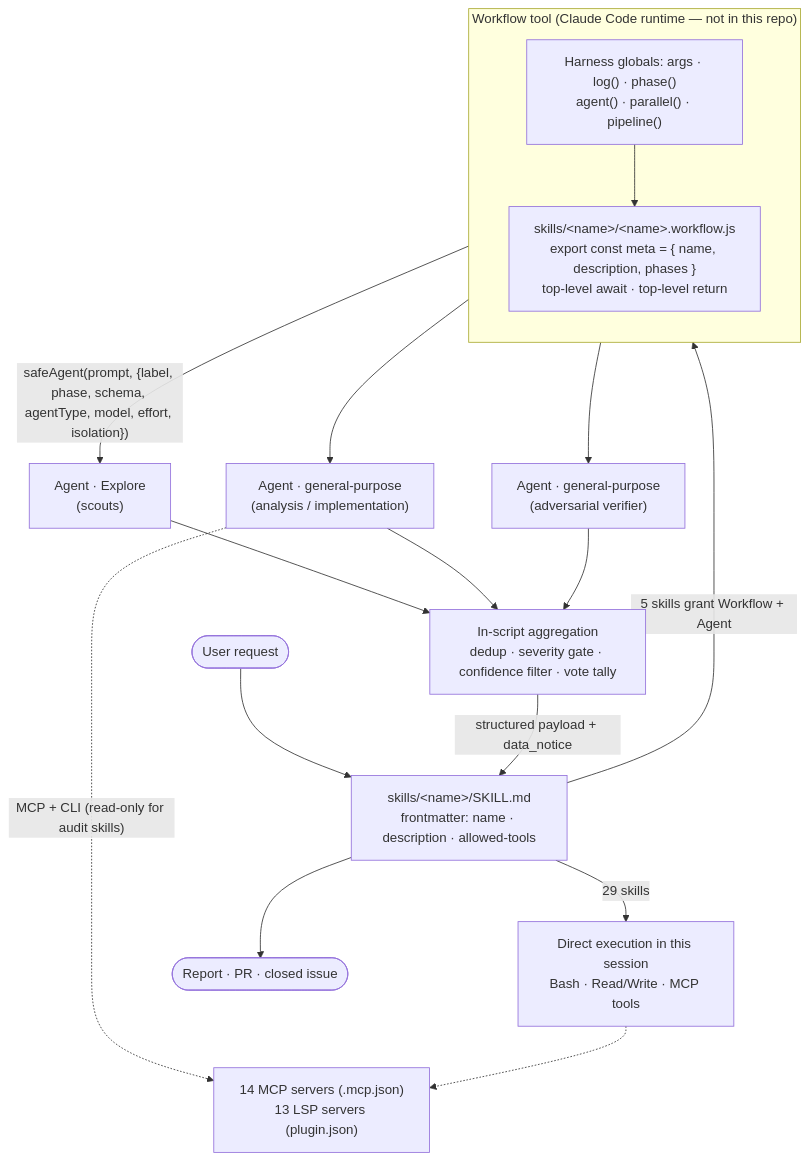
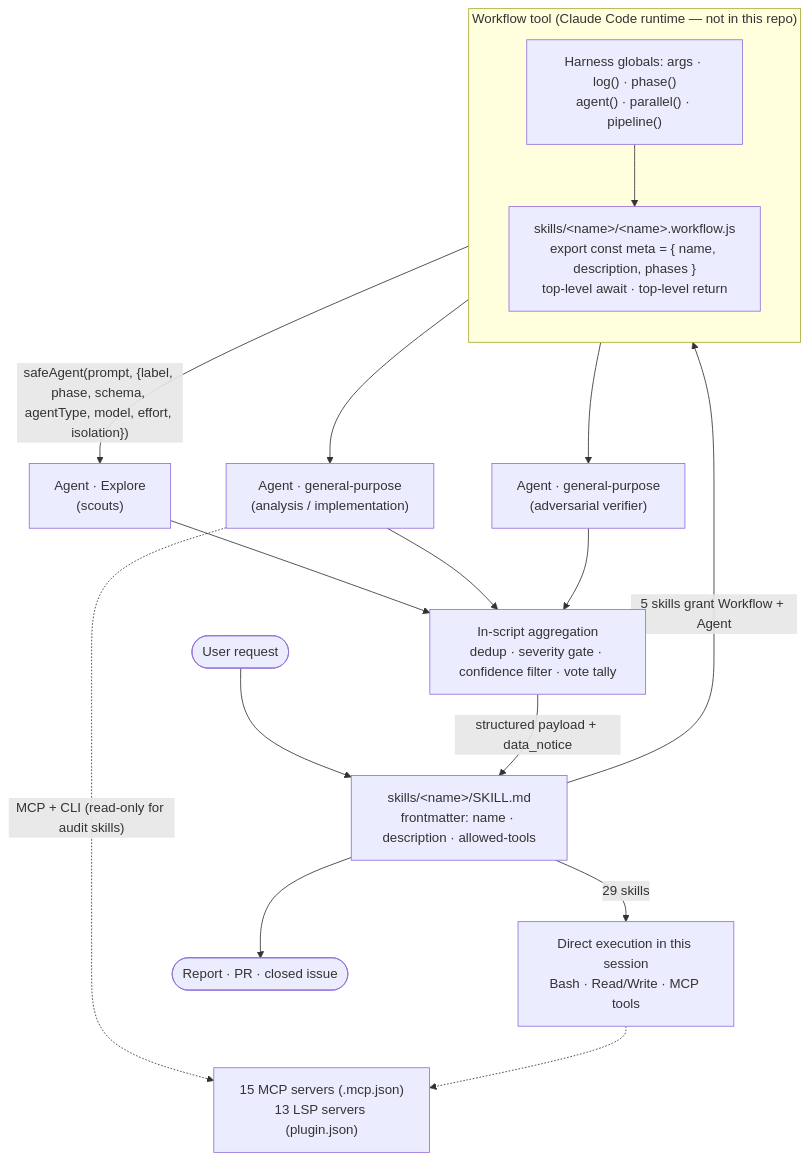
One commit to Cloud-Officer/claude-code-plugin-dev changed the diagram in docs/architecture.md. Above: the diagram before and after it, drawn with Mermaid. The commit also changed other lines of this file and 2 other files, not shown here.

Commit message:
Add playwright-webkit MCP server to drive Safari's WebKit engine (#244)

````diff
--- a/docs/architecture.md
+++ b/docs/architecture.md
@@ -49,25 +49,25 @@
 ```mermaid
 flowchart TB
     U([User request]) --> S["skills/&lt;name&gt;/SKILL.md<br/>frontmatter: name · description · allowed-tools"]
 
     S -->|29 skills| D["Direct execution in this session<br/>Bash · Read/Write · MCP tools"]
 
     S -->|"5 skills grant Workflow + Agent"| W
 
     subgraph W["Workflow tool (Claude Code runtime — not in this repo)"]
         direction TB
         H["Harness globals: args · log() · phase()<br/>agent() · parallel() · pipeline()"]
         H --> SC["skills/&lt;name&gt;/&lt;name&gt;.workflow.js<br/>export const meta = { name, description, phases }<br/>top-level await · top-level return"]
     end
 
     SC -->|"safeAgent(prompt, {label, phase, schema, agentType, model, effort, isolation})"| A1["Agent · Explore<br/>(scouts)"]
     SC --> A2["Agent · general-purpose<br/>(analysis / implementation)"]
     SC --> A3["Agent · general-purpose<br/>(adversarial verifier)"]
 
     A1 & A2 & A3 --> AGG["In-script aggregation<br/>dedup · severity gate · confidence filter · vote tally"]
     AGG -->|structured payload + data_notice| S
     S --> R([Report · PR · closed issue])
 
-    A2 -.->|"MCP + CLI (read-only for audit skills)"| EXT["14 MCP servers (.mcp.json)<br/>13 LSP servers (plugin.json)"]
+    A2 -.->|"MCP + CLI (read-only for audit skills)"| EXT["15 MCP servers (.mcp.json)<br/>13 LSP servers (plugin.json)"]
     D -.-> EXT
 ```
````
